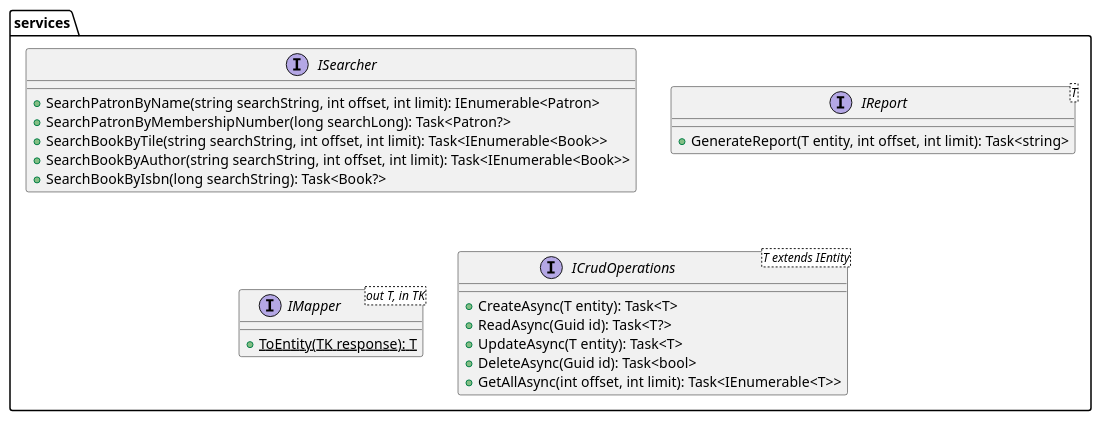
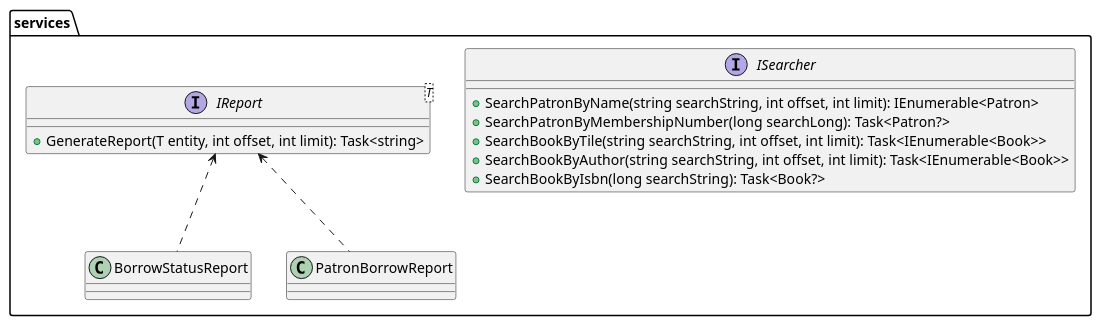
One commit to programacion-6/Opcion1LosBorbotones changed the diagram in system-design/class-diagram/domain/services.puml. Above: the diagram before and after it, drawn with PlantUML. The commit also changed 10 other files, not shown here.

Commit message:
chore: updated class diagram

```diff
--- a/system-design/class-diagram/domain/services.puml
+++ b/system-design/class-diagram/domain/services.puml
@@ -1,27 +1,17 @@
 @startuml
 package services {
     interface ISearcher {
         + SearchPatronByName(string searchString, int offset, int limit): IEnumerable<Patron>
         + SearchPatronByMembershipNumber(long searchLong): Task<Patron?>
         + SearchBookByTile(string searchString, int offset, int limit): Task<IEnumerable<Book>>
         + SearchBookByAuthor(string searchString, int offset, int limit): Task<IEnumerable<Book>>
         + SearchBookByIsbn(long searchString): Task<Book?>
     }
 
     interface IReport<T> {
         + GenerateReport(T entity, int offset, int limit): Task<string>
     }
-
-    interface IMapper<out T, in TK> {
-        + {static} ToEntity(TK response): T
-    }
-
-    interface ICrudOperations<T extends IEntity> {
-        + CreateAsync(T entity): Task<T>
-        + ReadAsync(Guid id): Task<T?>
-        + UpdateAsync(T entity): Task<T>
-        + DeleteAsync(Guid id): Task<bool>
-        + GetAllAsync(int offset, int limit): Task<IEnumerable<T>>
-    }
+    IReport <.. BorrowStatusReport
+    IReport <.. PatronBorrowReport
 }
 @enduml
```
